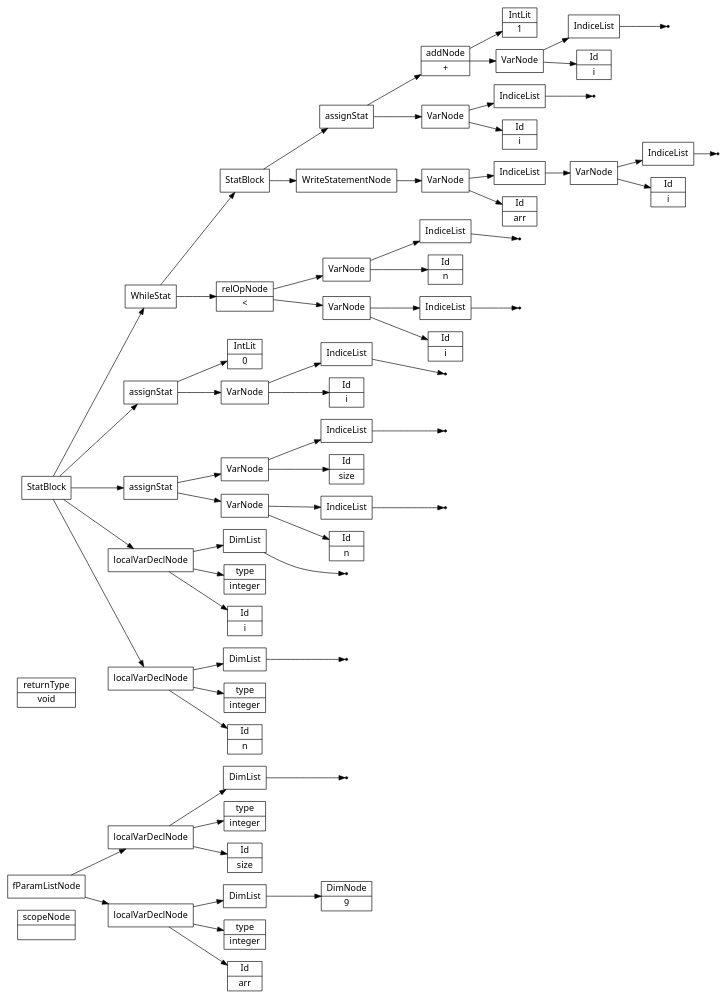
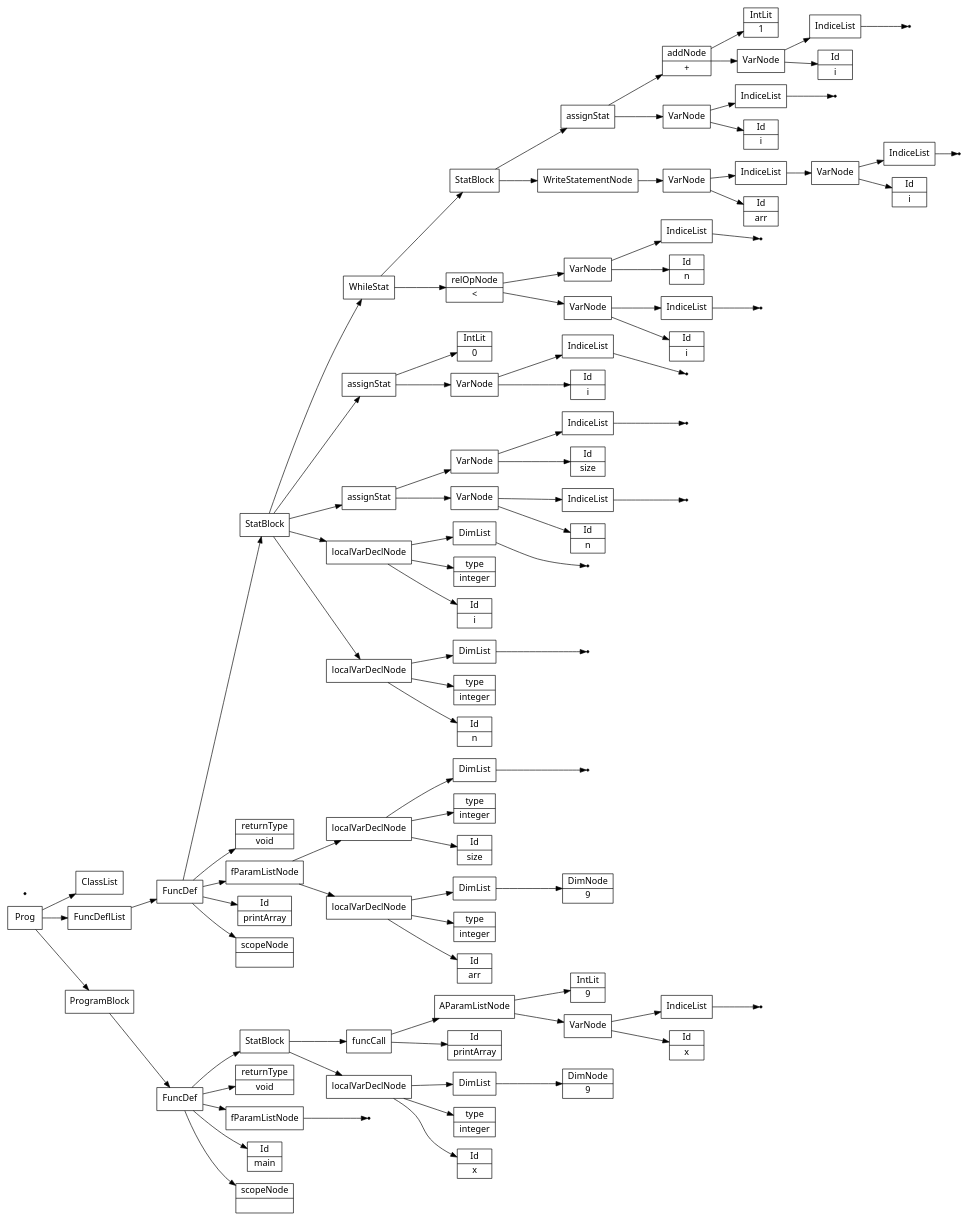
One commit to Saf1u/Kompiler changed the diagram in files/bubbleSort.src.ast.dot. Above: the diagram before and after it, drawn with Graphviz. The commit also changed 11 other files, not shown here.

```diff
--- a/files/bubbleSort.src.ast.dot
+++ b/files/bubbleSort.src.ast.dot
@@ -1,138 +1,194 @@
 digraph AST {
 node [shape=record];
  node [fontname=Sans];charset="UTF-8" splines=true splines=spline rankdir =LR ordering="out"
 1[label="scopeNode| "];
 3[label="Id|arr"];
 4[label="type|integer"];
 6[label="DimNode|9"];
 7[label="DimList"];
 7->6;
 8[label="localVarDeclNode"];
 8->7;
 8->4;
 8->3;
 9[label="Id|size"];
 10[label="type|integer"];
 none12[shape="point"];
 13[label="DimList"];
 13->none12;
 14[label="localVarDeclNode"];
 14->13;
 14->10;
 14->9;
 15[label="fParamListNode"];
 15->14;
 15->8;
 16[label="returnType|void"];
 18[label="Id|n"];
 19[label="type|integer"];
 none21[shape="point"];
 22[label="DimList"];
 22->none21;
 23[label="localVarDeclNode"];
 23->22;
 23->19;
 23->18;
 24[label="Id|i"];
 25[label="type|integer"];
 none27[shape="point"];
 28[label="DimList"];
 28->none27;
 29[label="localVarDeclNode"];
 29->28;
 29->25;
 29->24;
 30[label="Id|n"];
 none32[shape="point"];
 33[label="IndiceList"];
 33->none32;
 34[label="VarNode"];
 34->33;
 34->30;
 35[label="Id|size"];
 none37[shape="point"];
 38[label="IndiceList"];
 38->none37;
 39[label="VarNode"];
 39->38;
 39->35;
 40[label="assignStat"];
 40->39;
 40->34;
 41[label="Id|i"];
 none43[shape="point"];
 44[label="IndiceList"];
 44->none43;
 45[label="VarNode"];
 45->44;
 45->41;
 46[label="IntLit|0"];
 47[label="assignStat"];
 47->46;
 47->45;
 48[label="Id|i"];
 none50[shape="point"];
 51[label="IndiceList"];
 51->none50;
 52[label="VarNode"];
 52->51;
 52->48;
 53[label="relOpNode|\<"];
 54[label="Id|n"];
 none56[shape="point"];
 57[label="IndiceList"];
 57->none56;
 58[label="VarNode"];
 58->57;
 58->54;
 53->58;
 53->52;
 60[label="Id|arr"];
 62[label="Id|i"];
 none64[shape="point"];
 65[label="IndiceList"];
 65->none64;
 66[label="VarNode"];
 66->65;
 66->62;
 67[label="IndiceList"];
 67->66;
 68[label="VarNode"];
 68->67;
 68->60;
 69[label="WriteStatementNode"];
 69->68;
 70[label="Id|i"];
 none72[shape="point"];
 73[label="IndiceList"];
 73->none72;
 74[label="VarNode"];
 74->73;
 74->70;
 75[label="Id|i"];
 none77[shape="point"];
 78[label="IndiceList"];
 78->none77;
 79[label="VarNode"];
 79->78;
 79->75;
 80[label="addNode|+"];
 81[label="IntLit|1"];
 80->81;
 80->79;
 82[label="assignStat"];
 82->80;
 82->74;
 83[label="StatBlock"];
 83->82;
 83->69;
 84[label="WhileStat"];
 84->83;
 84->53;
 85[label="StatBlock"];
 85->84;
 85->47;
 85->40;
 85->29;
 85->23;
+86[label="FuncDef"];
+0[label="Id|printArray"];
+86->85;
+86->16;
+86->15;
+86->0;
+86->1;
+88[label="scopeNode| "];
+none90[shape="point"];
+91[label="fParamListNode"];
+91->none90;
+92[label="returnType|void"];
+94[label="Id|x"];
+95[label="type|integer"];
+97[label="DimNode|9"];
+98[label="DimList"];
+98->97;
+99[label="localVarDeclNode"];
+99->98;
+99->95;
+99->94;
+100[label="Id|printArray"];
+102[label="Id|x"];
+none104[shape="point"];
+105[label="IndiceList"];
+105->none104;
+106[label="VarNode"];
+106->105;
+106->102;
+107[label="IntLit|9"];
+108[label="AParamListNode"];
+108->107;
+108->106;
+109[label="funcCall"];
+109->108;
+109->100;
+110[label="StatBlock"];
+110->109;
+110->99;
+111[label="FuncDef"];
+87[label="Id|main"];
+111->110;
+111->92;
+111->91;
+111->87;
+111->88;
+112[label="ClassList"];
+113[label="FuncDeflList"];
+114[label="Prog"];
+115[label="ProgramBlock"];
+115->111;
+113->86;
+none116[shape="point"];
+114->112;
+114->113;
+114->115;
 }
```
